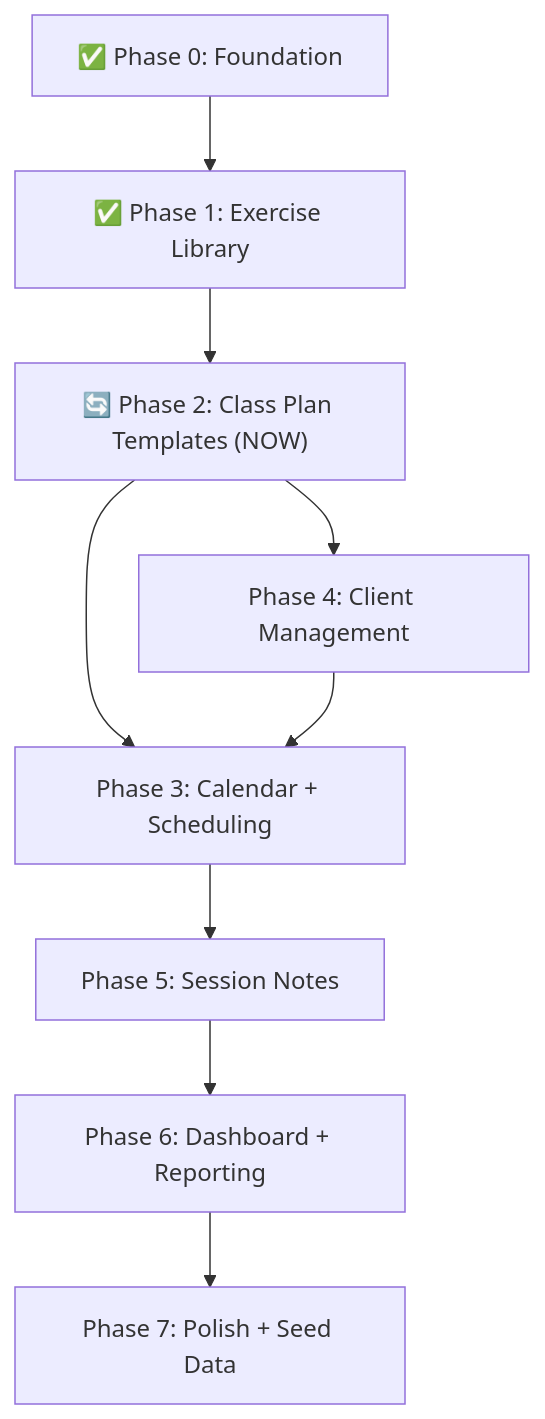
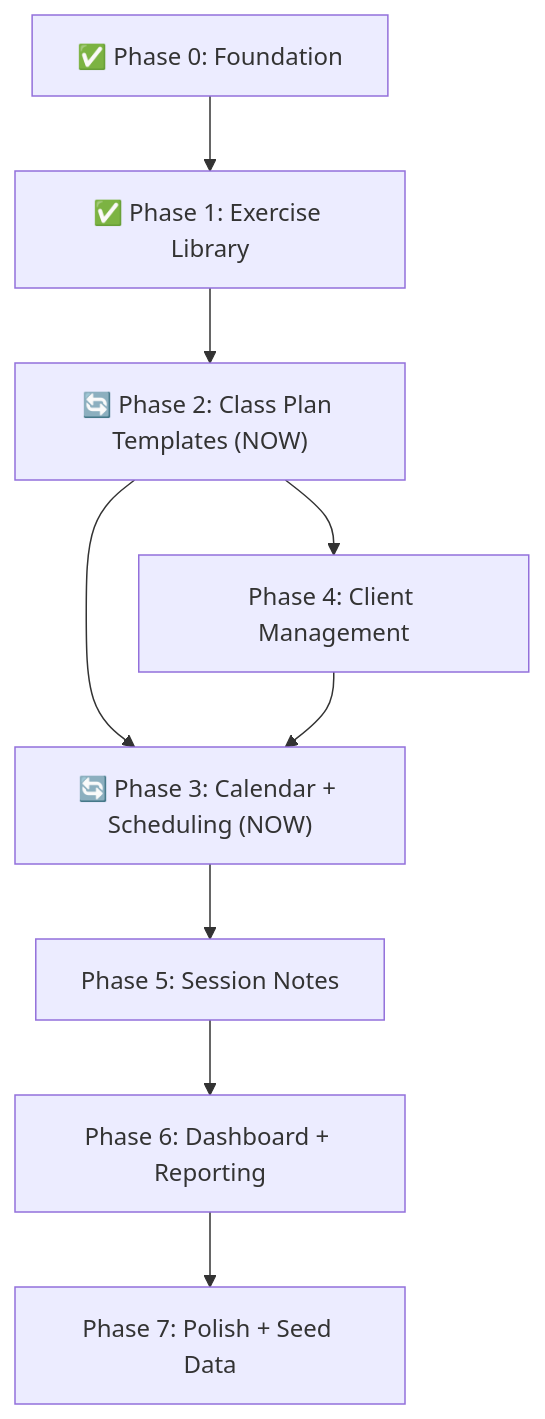
One commit to shahmeerkhalid1/layered-web-app changed the second of 2 diagrams in .cursor/plans/mvp_implementation_plan_4c3cd703.plan.md. Above: the diagram before and after it, drawn with Mermaid. The commit also changed other lines of this file and 15 other files, not shown here.

````diff
--- a/.cursor/plans/mvp_implementation_plan_4c3cd703.plan.md
+++ b/.cursor/plans/mvp_implementation_plan_4c3cd703.plan.md
@@ -595,11 +571,11 @@
 ```mermaid
 flowchart TD
     P0["✅ Phase 0: Foundation"] --> P1["✅ Phase 1: Exercise Library"]
     P1 --> P2["🔄 Phase 2: Class Plan Templates (NOW)"]
-    P2 --> P3["Phase 3: Calendar + Scheduling"]
+    P2 --> P3["🔄 Phase 3: Calendar + Scheduling (NOW)"]
     P2 --> P4["Phase 4: Client Management"]
     P4 --> P3
     P3 --> P5["Phase 5: Session Notes"]
     P5 --> P6["Phase 6: Dashboard + Reporting"]
     P6 --> P7["Phase 7: Polish + Seed Data"]
 ```
````
